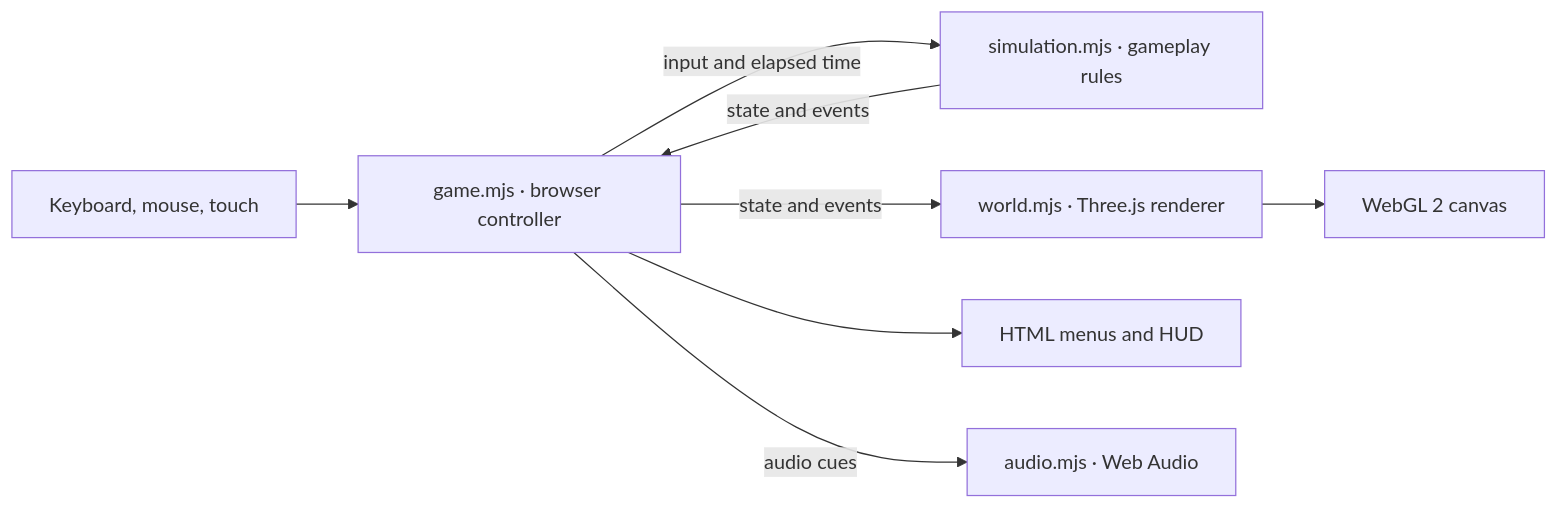
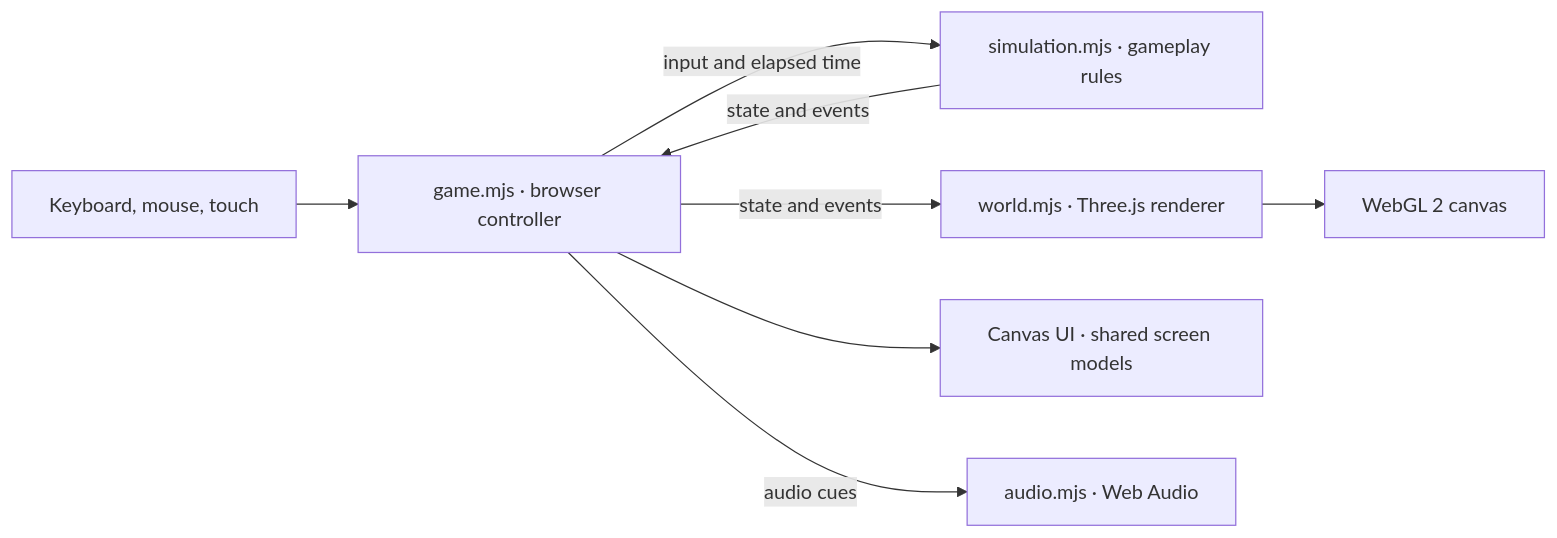
Before and after one commit to corycowgill/ImmuneProtocol: the diagram in README.md, drawn with Mermaid. The commit also changed other lines of this file and 20 other files, not shown here.

Commit message:
Move all game screens and HUD into a shared canvas interface

````diff
--- a/README.md
+++ b/README.md
@@ -286,10 +288,10 @@
 ```mermaid
 flowchart LR
     Input["Keyboard, mouse, touch"] --> Game["game.mjs · browser controller"]
     Game -->|input and elapsed time| Sim["simulation.mjs · gameplay rules"]
     Sim -->|state and events| Game
     Game -->|state and events| World["world.mjs · Three.js renderer"]
-    Game --> HUD["HTML menus and HUD"]
+    Game --> HUD["Canvas UI · shared screen models"]
     Game -->|audio cues| Audio["audio.mjs · Web Audio"]
     World --> Canvas["WebGL 2 canvas"]
 ```
````
